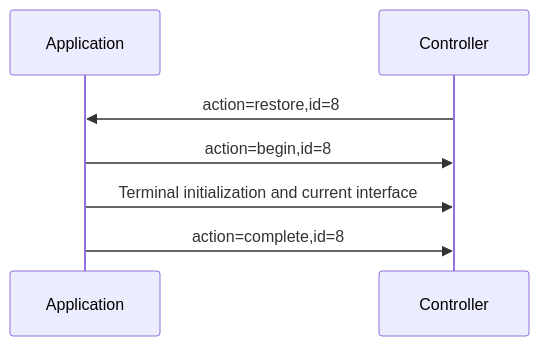
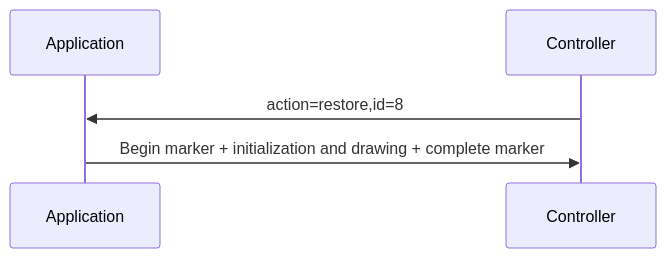
One commit to claes/kittyplex changed the fifth of 7 diagrams in docs/terminal-recovery-protocol-spec.md. Above: the diagram before and after it, drawn with Mermaid. The commit also changed other lines of this file and 3 other files, not shown here.

````diff
--- a/docs/terminal-recovery-protocol-spec.md
+++ b/docs/terminal-recovery-protocol-spec.md
@@ -250,9 +264,7 @@
 ```mermaid
 sequenceDiagram
     participant A as Application
     participant C as Controller
     C->>A: action=restore,id=8
-    A->>C: action=begin,id=8
-    A->>C: Terminal initialization and current interface
-    A->>C: action=complete,id=8
+    A->>C: Begin marker + initialization and drawing + complete marker
 ```
````
